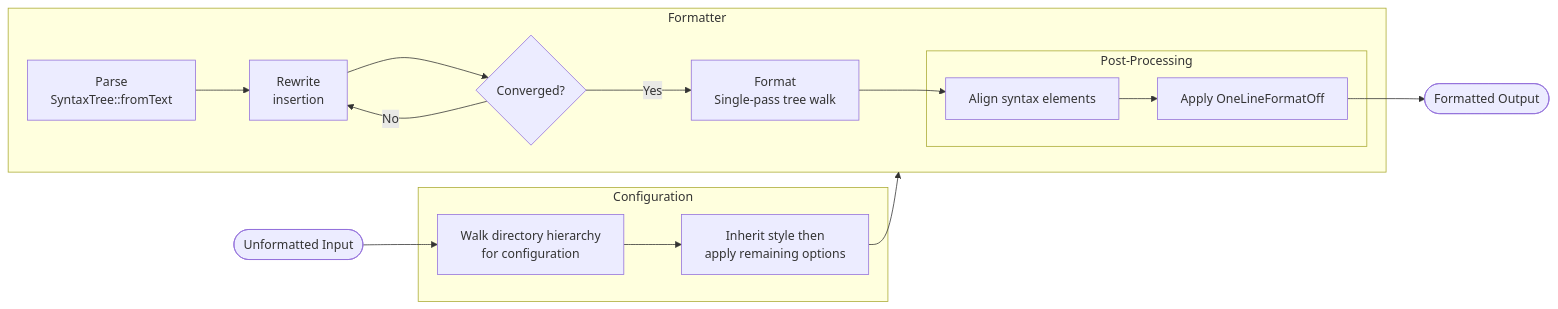
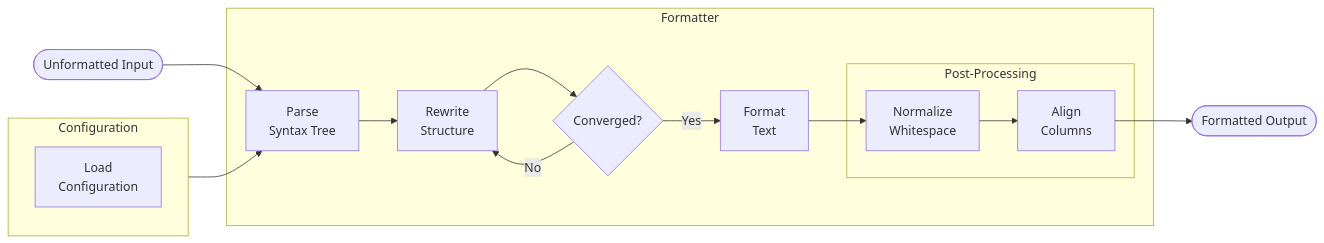
Before and after one commit to sstallion/slang-format: the diagram in docs/architecture.md, drawn with Mermaid. The commit also changed other lines of this file and 83 other files, not shown here.

````diff
--- a/docs/architecture.md
+++ b/docs/architecture.md
@@ -90,32 +34,31 @@
 ```mermaid
 flowchart LR
     input([Unformatted Input])
-    based_on --> formatter
+    output([Formatted Output])
 
     subgraph config [Configuration]
-        format_in[Walk directory hierarchy\nfor configuration]
-        based_on[Inherit style then\napply remaining options]
-        format_in --> based_on
+        format_in[Load<br>Configuration]
     end
 
     subgraph formatter [Formatter]
-        parse[Parse\nSyntaxTree::fromText]
-        rewrite[Rewrite\ninsertion]
-        converged{Converged?}
-        format[Format\nSingle-pass tree walk]
+        parse[Parse<br>Syntax Tree]
+        rewrite[Rewrite<br>Structure]
+        converge{Converged?}
+        format[Format<br>Text]
 
         subgraph postprocess [Post-Processing]
-            align[Align syntax elements]
-            format_out[Apply OneLineFormatOff]
+            normalize[Normalize<br>Whitespace]
+            align[Align<br>Columns]
         end
-
-        parse --> rewrite
-        rewrite --> converged
-        converged -- No --> rewrite
-        converged -- Yes --> format
-        format --> align --> format_out
     end
 
-    input --> format_in
-    format_out --> output([Formatted Output])
+    config --> parse
+    input --> parse
+    parse --> rewrite
+    rewrite --> converge
+    converge -- No --> rewrite
+    converge -- Yes --> format
+    format --> normalize
+    normalize --> align
+    align --> output
 ```
````
